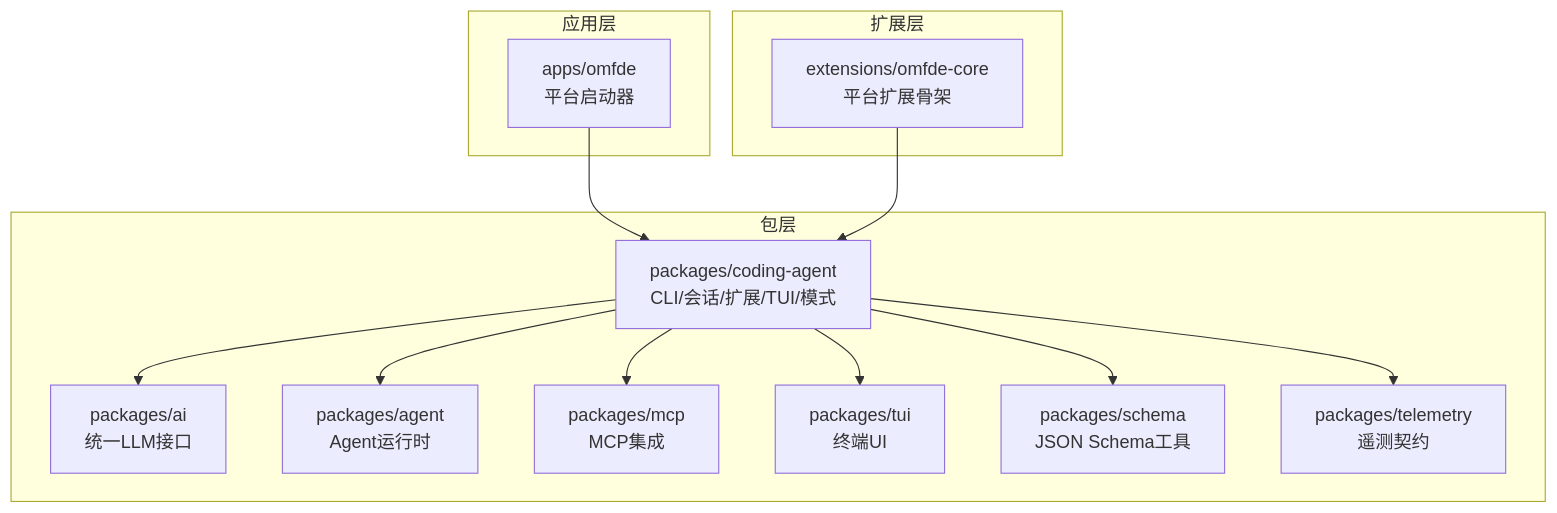
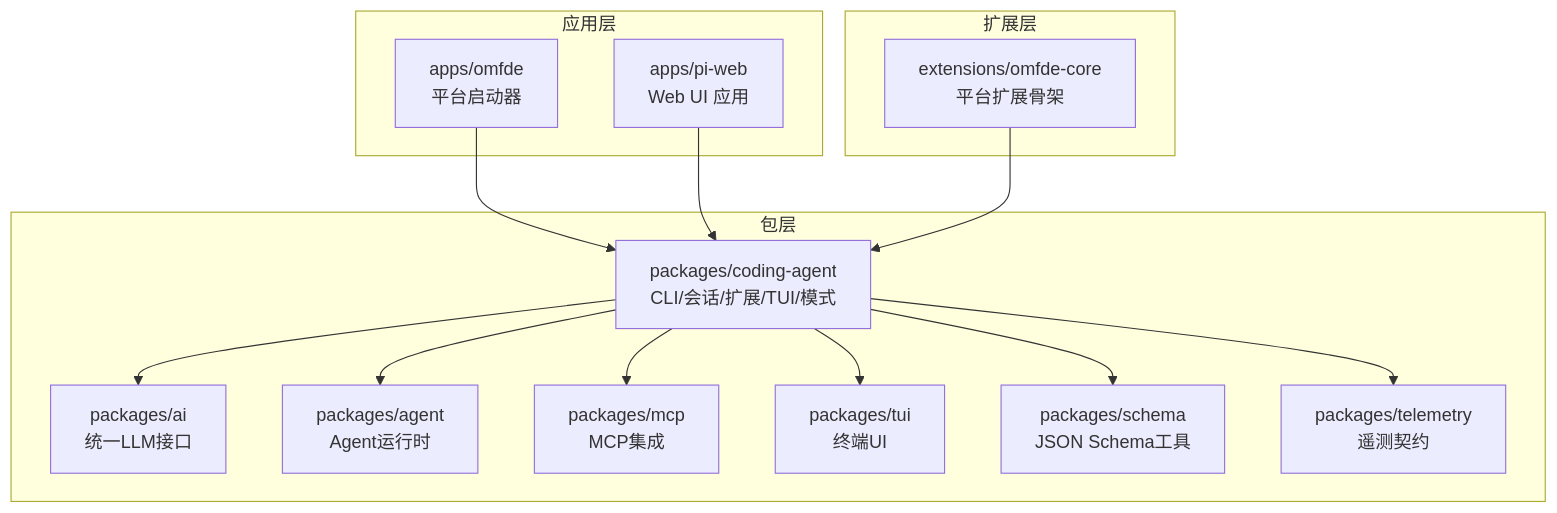
The first of 9 diagrams in .qoder/repowiki/zh/content/项目概述/项目概述.md (FDE-GROUP/oh-my-coding-agent), drawn with Mermaid before and after one commit. The commit also changed other lines of this file and 410 other files, not shown here.

````diff
--- a/.qoder/repowiki/zh/content/项目概述/项目概述.md
+++ b/.qoder/repowiki/zh/content/项目概述/项目概述.md
@@ -47,26 +63,28 @@
 ```mermaid
 graph TB
 subgraph "应用层"
 APP["apps/omfde<br/>平台启动器"]
+WEB["apps/pi-web<br/>Web UI 应用"]
 end
 subgraph "扩展层"
 EXT["extensions/omfde-core<br/>平台扩展骨架"]
 end
 subgraph "包层"
 CA["packages/coding-agent<br/>CLI/会话/扩展/TUI/模式"]
 AI["packages/ai<br/>统一LLM接口"]
 AG["packages/agent<br/>Agent运行时"]
 MCP["packages/mcp<br/>MCP集成"]
 TUI["packages/tui<br/>终端UI"]
 SCHEMA["packages/schema<br/>JSON Schema工具"]
 TELE["packages/telemetry<br/>遥测契约"]
 end
 APP --> CA
+WEB --> CA
 EXT --> CA
 CA --> AI
 CA --> AG
 CA --> MCP
 CA --> TUI
 CA --> SCHEMA
 CA --> TELE
 ```
````
